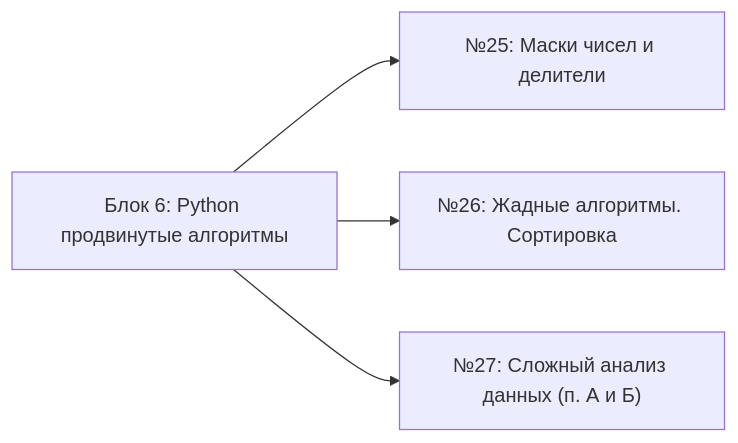
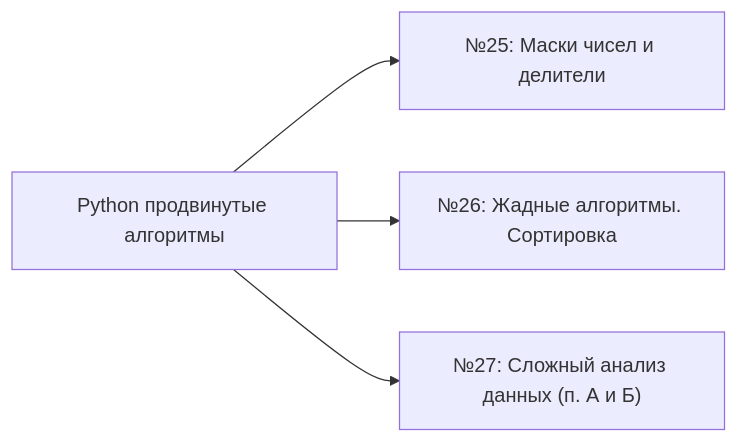
The sixth of 6 diagrams in README.md (mueqee/spbpu-inf-course), drawn with Mermaid before and after one commit. The commit also changed other lines of this file, not shown here.

````diff
--- a/README.md
+++ b/README.md
@@ -183,7 +144,7 @@
 ```mermaid
 flowchart LR
-  T6["Блок 6: Python продвинутые алгоритмы"]
+  T6["Python продвинутые алгоритмы"]
   T6 --> T6a["№25: Маски чисел и делители"]
   T6 --> T6b["№26: Жадные алгоритмы. Сортировка"]
   T6 --> T6c["№27: Сложный анализ данных (п. А и Б)"]
 ```
````
